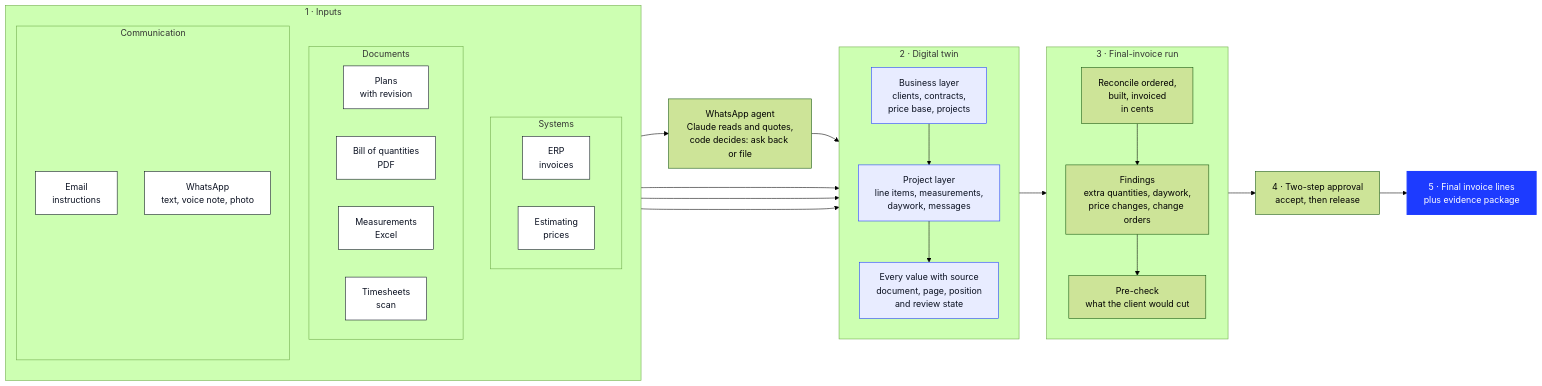
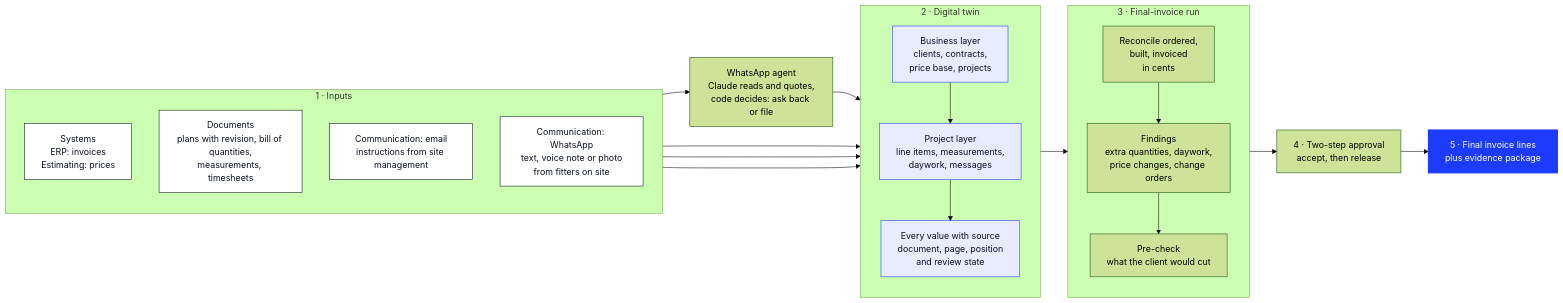
The diagram in README.md (tieout-at/tieout), drawn with Mermaid (forest theme) before and after one commit.

Commit message:
README: compact input groups in architecture diagram

````diff
--- a/README.md
+++ b/README.md
@@ -57,51 +57,41 @@
 ```mermaid
 flowchart LR
     classDef input fill:#ffffff,stroke:#0a1020,stroke-width:1px,color:#0a1020;
     classDef twin fill:#e8ecff,stroke:#1d3bff,stroke-width:1px,color:#0a1020;
     classDef out fill:#1d3bff,stroke:#1d3bff,stroke-width:2px,color:#ffffff;
 
     subgraph IN [1 · Inputs]
         direction TB
-        subgraph SYS [Systems]
-            S1[ERP<br/>invoices]:::input
-            S2[Estimating<br/>prices]:::input
-        end
-        subgraph DOC [Documents]
-            D1[Plans<br/>with revision]:::input
-            D2[Bill of quantities<br/>PDF]:::input
-            D3[Measurements<br/>Excel]:::input
-            D4[Timesheets<br/>scan]:::input
-        end
-        subgraph COM [Communication]
-            C1[Email<br/>instructions]:::input
-            C2[WhatsApp<br/>text, voice note, photo]:::input
-        end
+        SYS["Systems<br/>ERP: invoices<br/>Estimating: prices"]:::input
+        DOC["Documents<br/>plans with revision, bill of quantities,<br/>measurements, timesheets"]:::input
+        C1["Communication: email<br/>instructions from site management"]:::input
+        C2["Communication: WhatsApp<br/>text, voice note or photo<br/>from fitters on site"]:::input
     end
 
     AG["WhatsApp agent<br/>Claude reads and quotes,<br/>code decides: ask back or file"]
 
     subgraph TW [2 · Digital twin]
         direction TB
         T1[Business layer<br/>clients, contracts,<br/>price base, projects]:::twin
         T2[Project layer<br/>line items, measurements,<br/>daywork, messages]:::twin
         T3[Every value with source<br/>document, page, position<br/>and review state]:::twin
         T1 --> T2 --> T3
     end
 
     subgraph RUN [3 · Final-invoice run]
         direction TB
         R1[Reconcile ordered,<br/>built, invoiced<br/>in cents]
         R2[Findings<br/>extra quantities, daywork,<br/>price changes, change orders]
         R3[Pre-check<br/>what the client would cut]
         R1 --> R2 --> R3
     end
 
     H[4 · Two-step approval<br/>accept, then release]
     O["5 · Final invoice lines<br/>plus evidence package"]:::out
 
     SYS --> TW
     DOC --> TW
     C1 --> TW
     C2 --> AG --> TW
     TW --> RUN --> H --> O
 ```
````
